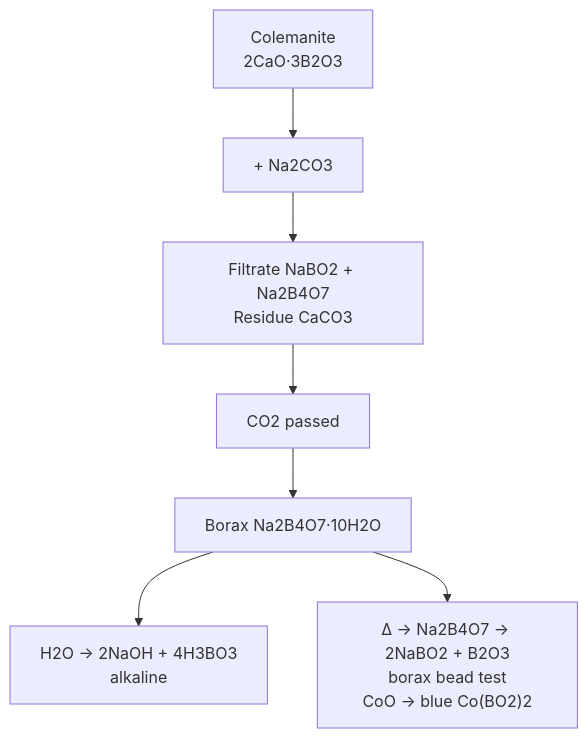
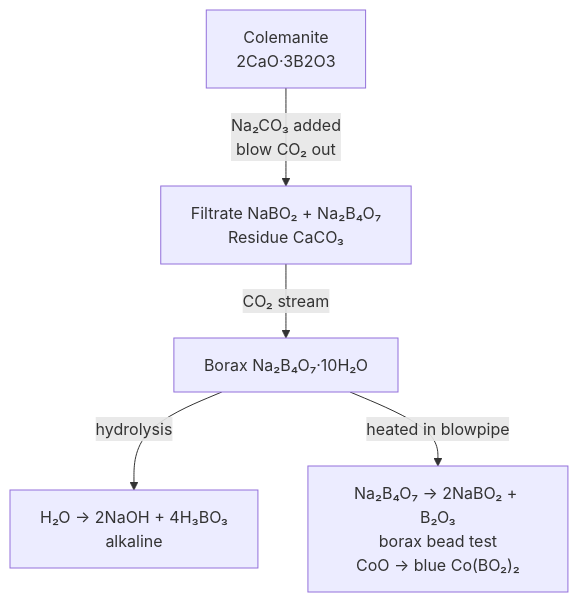
Before and after one commit to SurajGupta2009/Chem_JEEAd_notes: the fourth of 8 diagrams in Inorganic-Chemistry/05-The-p-Block-Elements/notes.md, drawn with Mermaid. The commit also changed other lines of this file and 60 other files, not shown here.

````diff
--- a/Inorganic-Chemistry/05-The-p-Block-Elements/notes.md
+++ b/Inorganic-Chemistry/05-The-p-Block-Elements/notes.md
@@ -231,7 +234,7 @@
 ```mermaid
 flowchart TD
-    Colemanite["Colemanite<br>2CaO·3B2O3"] --> Na2CO3["+ Na2CO3"] --> Filtrate["Filtrate NaBO2 + Na2B4O7<br>Residue CaCO3"]
-    Filtrate --> CO2["CO2 passed"] --> Borax["Borax Na2B4O7·10H2O"]
-    Borax --> Alkaline["H2O → 2NaOH + 4H3BO3<br>alkaline"]
-    Borax --> Bead["Δ → Na2B4O7 → 2NaBO2 + B2O3<br>borax bead test<br>CoO → blue Co(BO2)2"]
+    Colemanite["Colemanite<br>2CaO·3B2O3"] -->|"Na₂CO₃ added<br>blow CO₂ out"| Filtrate["Filtrate NaBO₂ + Na₂B₄O₇<br>Residue CaCO₃"]
+    Filtrate -->|"CO₂ stream"| Borax["Borax Na₂B₄O₇·10H₂O"]
+    Borax -->|"hydrolysis"| Alkaline["H₂O → 2NaOH + 4H₃BO₃<br>alkaline"]
+    Borax -->|"heated in blowpipe"| Bead["Na₂B₄O₇ → 2NaBO₂ + B₂O₃<br>borax bead test<br>CoO → blue Co(BO₂)₂"]
 ```
````
